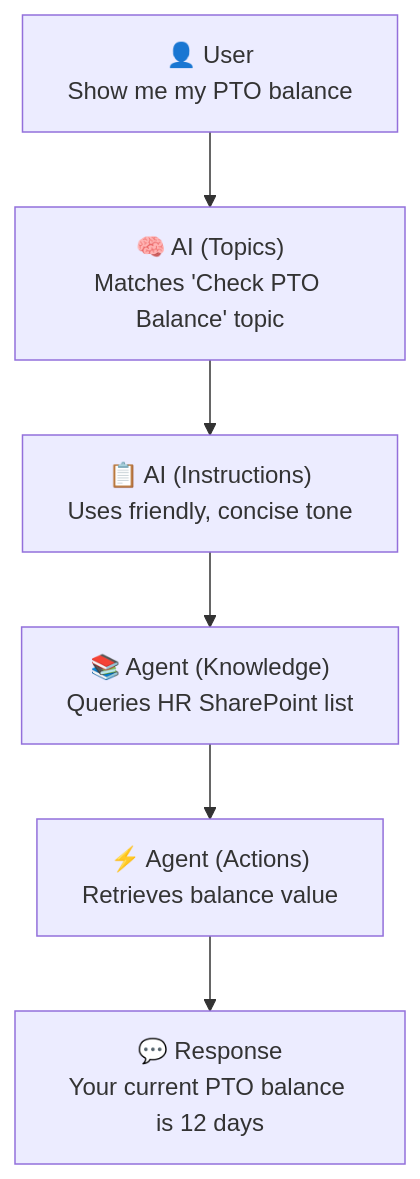
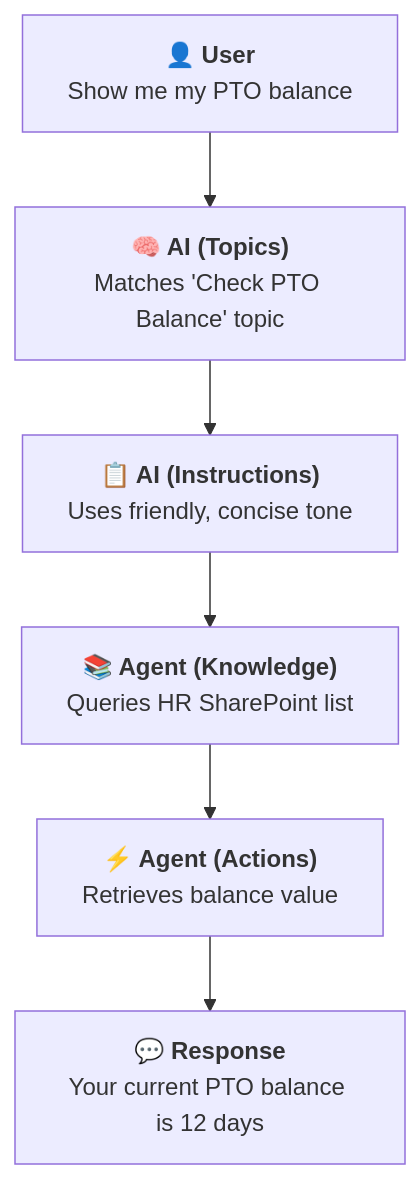
The diagram in 02-copilot-studio-fundamentals/README.md (microsoft/mcs-agent-academy), drawn with Mermaid before and after one commit. The commit also changed other lines of this file, not shown here.

Commit message:
Made flowchart heading bold

````diff
--- a/02-copilot-studio-fundamentals/README.md
+++ b/02-copilot-studio-fundamentals/README.md
@@ -191,8 +191,8 @@
 ```mermaid
 flowchart TD
-    A["👤 User<br/>Show me my PTO balance"] --> B["🧠 AI (Topics)<br/>Matches 'Check PTO Balance' topic"]
-    B --> C["📋 AI (Instructions)<br/>Uses friendly, concise tone"]
-    C --> D["📚 Agent (Knowledge)<br/>Queries HR SharePoint list"]
-    D --> E["⚡ Agent (Actions)<br/>Retrieves balance value"]
-    E --> F["💬 Response<br/>Your current PTO balance is 12 days"]
+    A["<b>👤 User</b><br/>Show me my PTO balance"] --> B["<b>🧠 AI (Topics)</b><br/>Matches 'Check PTO Balance' topic"]
+    B --> C["<b>📋 AI (Instructions)</b><br/>Uses friendly, concise tone"]
+    C --> D["<b>📚 Agent (Knowledge)</b><br/>Queries HR SharePoint list"]
+    D --> E["<b>⚡ Agent (Actions)</b><br/>Retrieves balance value"]
+    E --> F["<b>💬 Response</b><br/>Your current PTO balance is 12 days"]
 ```
````
